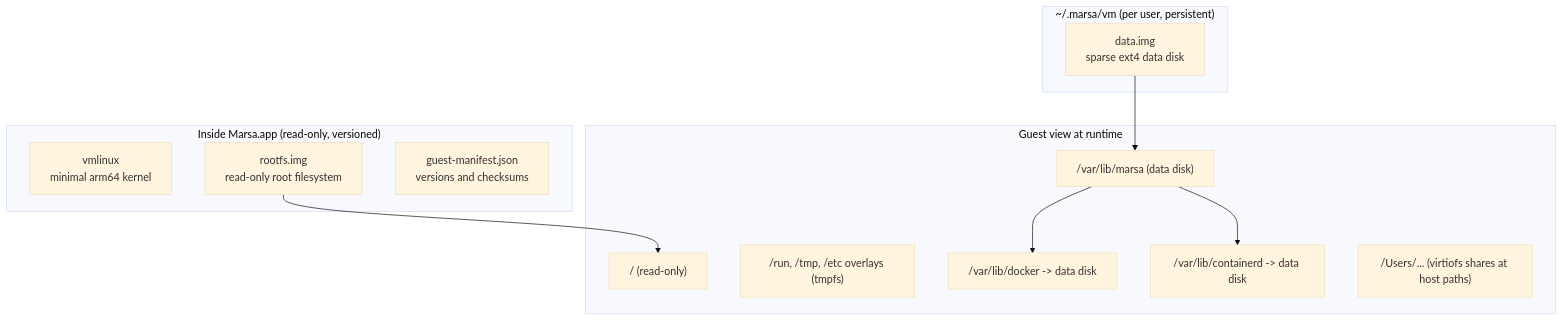
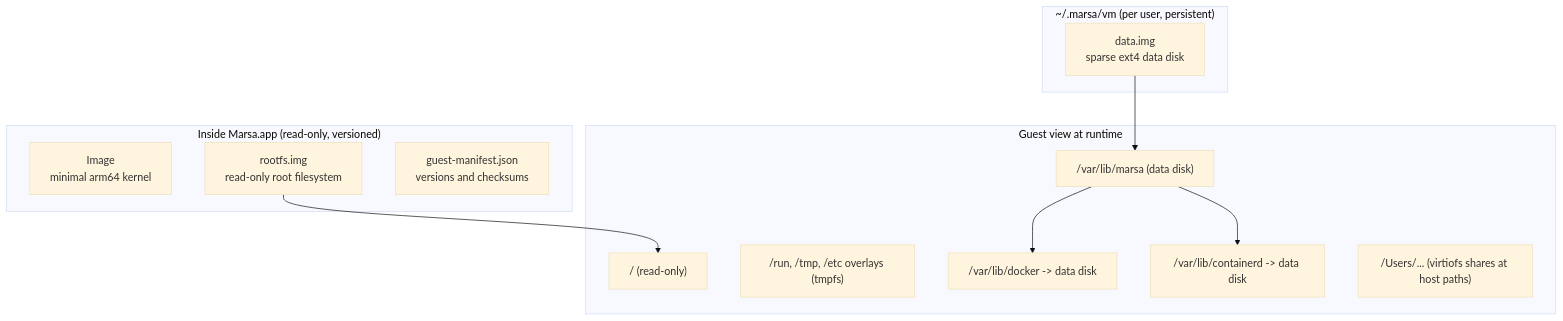
The first of 3 diagrams in docs/05-guest-image.md (nasraldin/marsa), drawn with Mermaid (base theme) before and after one commit. The commit also changed other lines of this file and 24 other files, not shown here.

````diff
--- a/docs/05-guest-image.md
+++ b/docs/05-guest-image.md
@@ -19,26 +19,26 @@
 ```mermaid
 flowchart TB
     subgraph bundle["Inside Marsa.app (read-only, versioned)"]
-        kernel["vmlinux<br/>minimal arm64 kernel"]
+        kernel["Image<br/>minimal arm64 kernel"]
         rootimg["rootfs.img<br/>read-only root filesystem"]
         manifest["guest-manifest.json<br/>versions and checksums"]
     end
 
     subgraph userdata["~/.marsa/vm (per user, persistent)"]
         dataimg["data.img<br/>sparse ext4 data disk"]
     end
 
     subgraph guest["Guest view at runtime"]
         root["/ (read-only)"]
         tmp["/run, /tmp, /etc overlays (tmpfs)"]
         data["/var/lib/marsa (data disk)"]
         docker["/var/lib/docker -> data disk"]
         ctrd["/var/lib/containerd -> data disk"]
         shares["/Users/... (virtiofs shares at host paths)"]
     end
 
     rootimg --> root
     dataimg --> data
     data --> docker
     data --> ctrd
 ```
````
